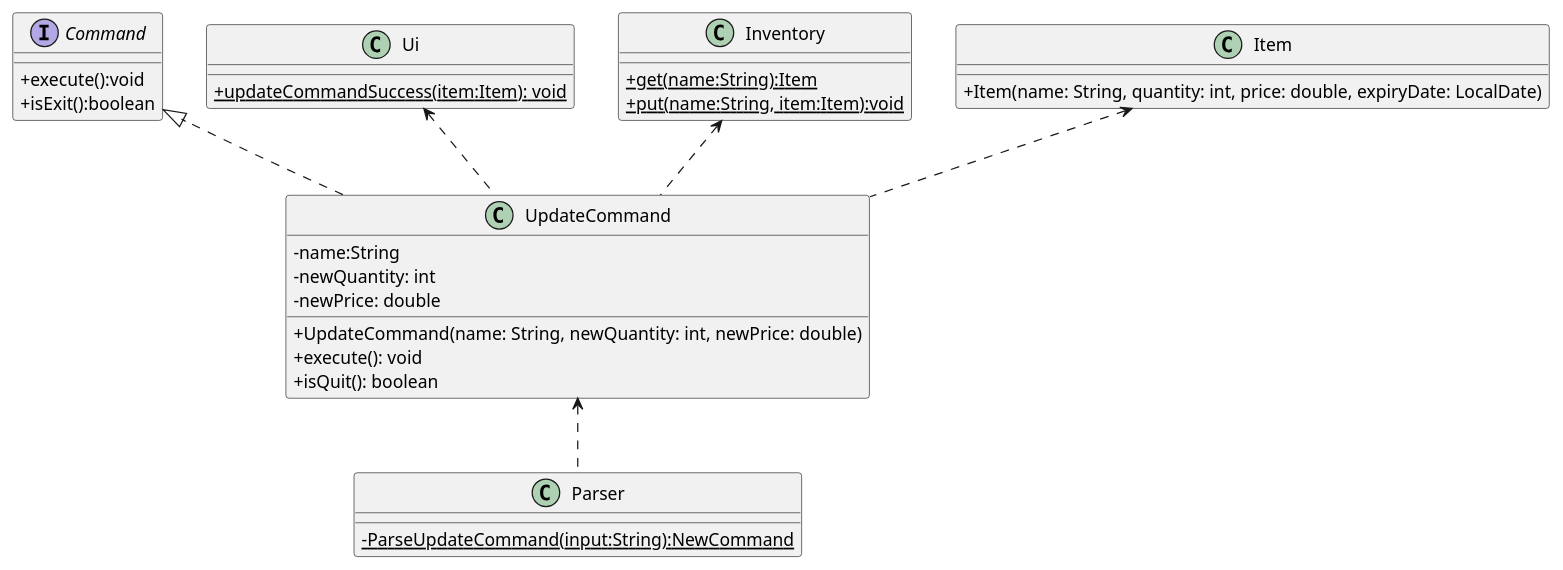
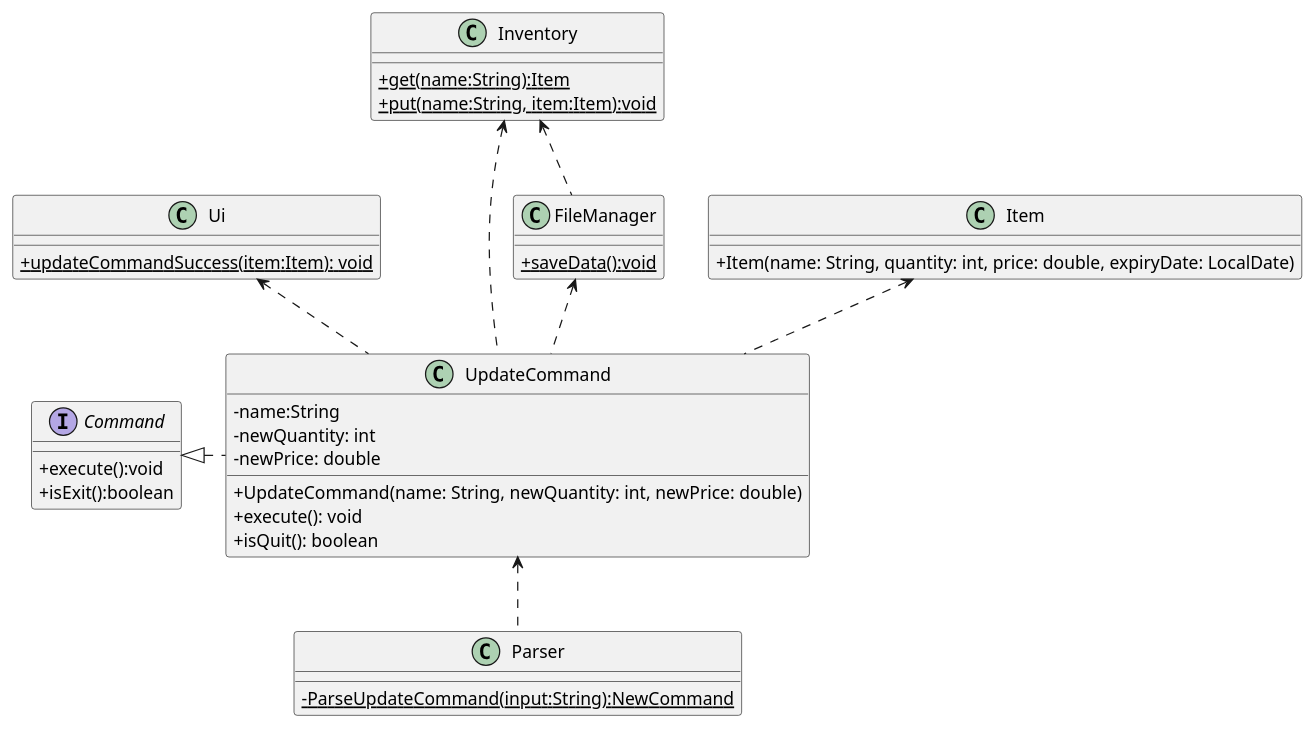
The first of 2 diagrams in docs/uml-diagrams/UpdateCommand.puml (rismm/tp), drawn with PlantUML before and after one commit. The commit also changed other lines of this file and 8 other files, not shown here.

```diff
--- a/docs/uml-diagrams/UpdateCommand.puml
+++ b/docs/uml-diagrams/UpdateCommand.puml
@@ -1,49 +1,56 @@
 @startuml
 'https://plantuml.com/class-diagram
 skinparam classAttributeIconSize 0
 
 interface Command
 class Ui
 class Inventory
 class Item
 class UpdateCommand
 class Parser
+class FileManager
 
 UpdateCommand <.. Parser
-Command <|.. UpdateCommand
+Command <|. UpdateCommand
 Ui <.. UpdateCommand
 Inventory <.. UpdateCommand
 Item <.. UpdateCommand
+FileManager <.. UpdateCommand
+Inventory <.. FileManager
 
 interface Command {
     +execute():void
     +isExit():boolean
 }
 
 class UpdateCommand {
     -name:String
     -newQuantity: int
     -newPrice: double
     +UpdateCommand(name: String, newQuantity: int, newPrice: double)
     +execute(): void
     +isQuit(): boolean
 }
 
 class Item {
     +Item(name: String, quantity: int, price: double, expiryDate: LocalDate)
 }
 
 class Ui {
     {static}+updateCommandSuccess(item:Item): void
 }
 
 class Parser {
     {static}-ParseUpdateCommand(input:String):NewCommand
 }
 
 class Inventory {
     {static}+get(name:String):Item
     {static}+put(name:String, item:Item):void
 }
 
+class FileManager {
+    {static}+saveData():void
+}
+
 @enduml
```
